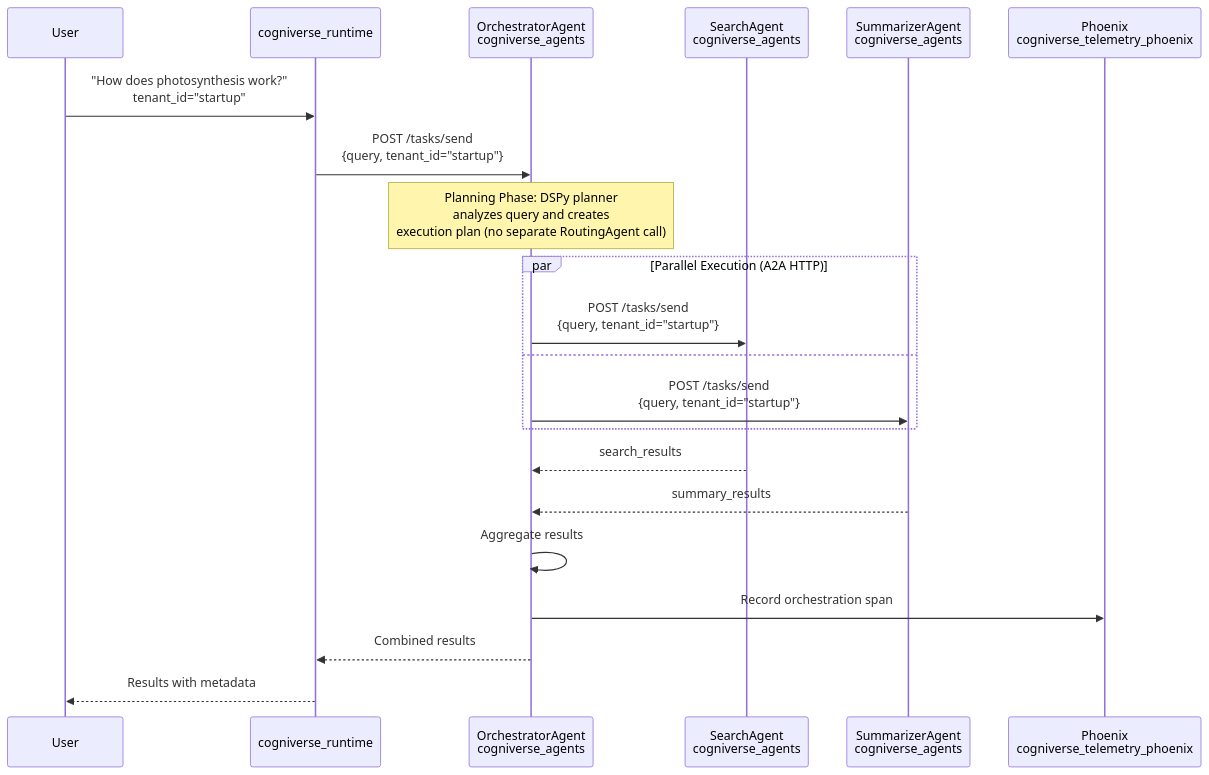
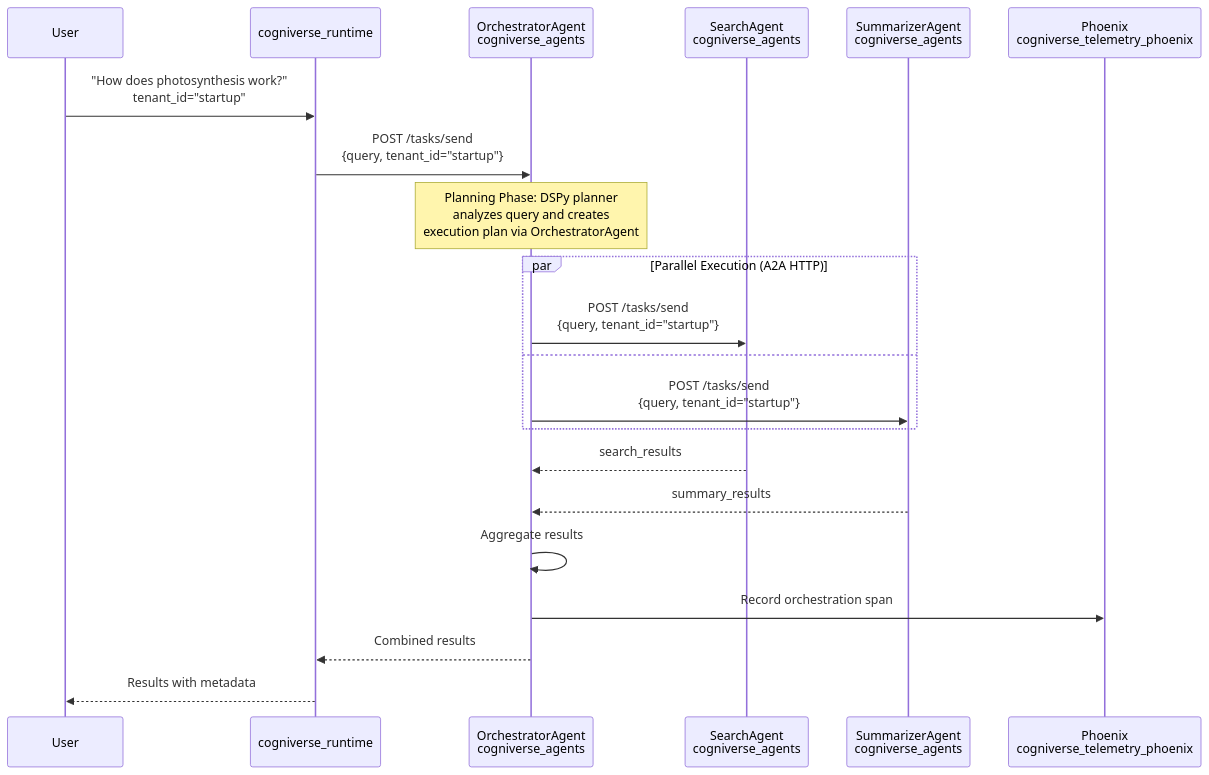
The third of 24 diagrams in docs/architecture/system-flows.md (amit-jain/cogniverse), drawn with Mermaid before and after one commit. The commit also changed other lines of this file and 75 other files, not shown here.

First line of the commit message:
Remove RoutingAgent and replace with OrchestratorAgent dispatch

````diff
--- a/docs/architecture/system-flows.md
+++ b/docs/architecture/system-flows.md
@@ -126,29 +126,29 @@
 ```mermaid
 sequenceDiagram
     participant User
     participant Runtime as cogniverse_runtime
     participant Orchestrator as OrchestratorAgent<br/>cogniverse_agents
     participant SearchAgent as SearchAgent<br/>cogniverse_agents
     participant Summarizer as SummarizerAgent<br/>cogniverse_agents
     participant Phoenix as Phoenix<br/>cogniverse_telemetry_phoenix
 
     User->>Runtime: "How does photosynthesis work?"<br/>tenant_id="startup"
 
     Runtime->>Orchestrator: POST /tasks/send<br/>{query, tenant_id="startup"}
 
-    Note over Orchestrator: Planning Phase: DSPy planner<br/>analyzes query and creates<br/>execution plan (no separate RoutingAgent call)
+    Note over Orchestrator: Planning Phase: DSPy planner<br/>analyzes query and creates<br/>execution plan via OrchestratorAgent
 
     par Parallel Execution (A2A HTTP)
         Orchestrator->>SearchAgent: POST /tasks/send<br/>{query, tenant_id="startup"}
         and
         Orchestrator->>Summarizer: POST /tasks/send<br/>{query, tenant_id="startup"}
     end
 
     SearchAgent-->>Orchestrator: search_results
     Summarizer-->>Orchestrator: summary_results
 
     Orchestrator->>Orchestrator: Aggregate results
     Orchestrator->>Phoenix: Record orchestration span
     Orchestrator-->>Runtime: Combined results
     Runtime-->>User: Results with metadata
 ```
````
